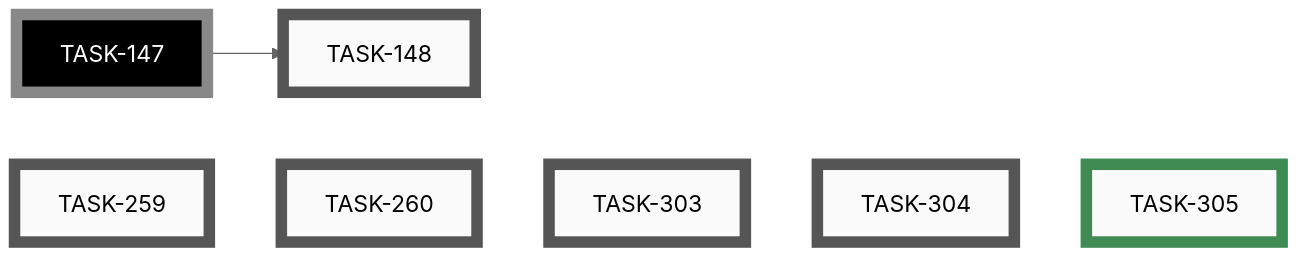
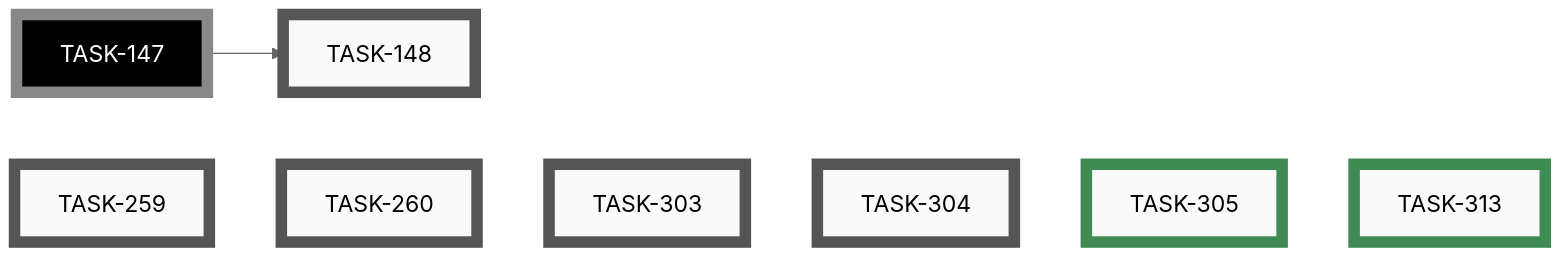
Before and after one commit to tgd1975/AwesomeStudioPedal: the sixth of 6 diagrams in docs/developers/tasks/EPICS.md, drawn with Mermaid (neutral theme). The commit also changed other lines of this file and 8 other files, not shown here.

Commit message:
close TASK-313: Add emoji icons to idea category column in OVERVIEW

````diff
--- a/docs/developers/tasks/EPICS.md
+++ b/docs/developers/tasks/EPICS.md
@@ -209,26 +209,28 @@
 ```mermaid
 graph LR
     TASK_148["TASK-148"]:::open
     TASK_259["TASK-259"]:::open
     TASK_260["TASK-260"]:::open
     TASK_303["TASK-303"]:::open
     TASK_304["TASK-304"]:::open
     TASK_305["TASK-305"]:::closed
+    TASK_313["TASK-313"]:::closed
     TASK_147["TASK-147"]:::openExt
     TASK_147 --> TASK_148
-    TASK_259 ~~~ TASK_260 ~~~ TASK_303 ~~~ TASK_304 ~~~ TASK_305
+    TASK_259 ~~~ TASK_260 ~~~ TASK_303 ~~~ TASK_304 ~~~ TASK_305 ~~~ TASK_313
     click TASK_148 "open/task-148-reorganise-developer-documentation.md"
     click TASK_259 "open/task-259-android-app-test-protocol.md"
     click TASK_260 "open/task-260-unify-version-numbers-across-deliverables.md"
     click TASK_303 "open/task-303-simulator-boots-with-demo-loaded.md"
     click TASK_304 "open/task-304-simulator-button-no-hover-reaction.md"
     click TASK_305 "closed/task-305-add-category-field-to-ideas.md"
+    click TASK_313 "closed/task-313-emoji-icons-for-idea-categories.md"
     classDef open    fill:#FAFAFA,stroke:#555,stroke-width:8px,color:#000
     classDef active  fill:#FAFAFA,stroke:#1A6FA8,stroke-width:8px,color:#000
     classDef closed  fill:#FAFAFA,stroke:#3F8B53,stroke-width:8px,color:#000
     classDef paused  fill:#FAFAFA,stroke:#B07810,stroke-width:8px,color:#000
     classDef openExt    fill:#000,stroke:#888,stroke-width:8px,color:#FFF
     classDef activeExt  fill:#000,stroke:#3FA9F5,stroke-width:8px,color:#FFF
     classDef closedExt  fill:#000,stroke:#7CC68A,stroke-width:8px,color:#FFF
     classDef pausedExt  fill:#000,stroke:#F0B030,stroke-width:8px,color:#FFF
 ```
````
